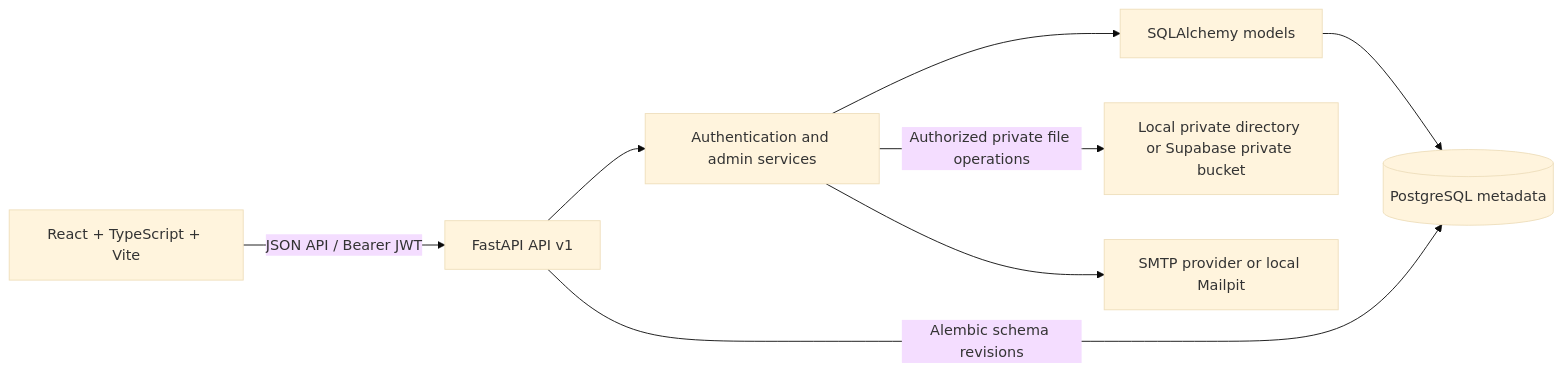
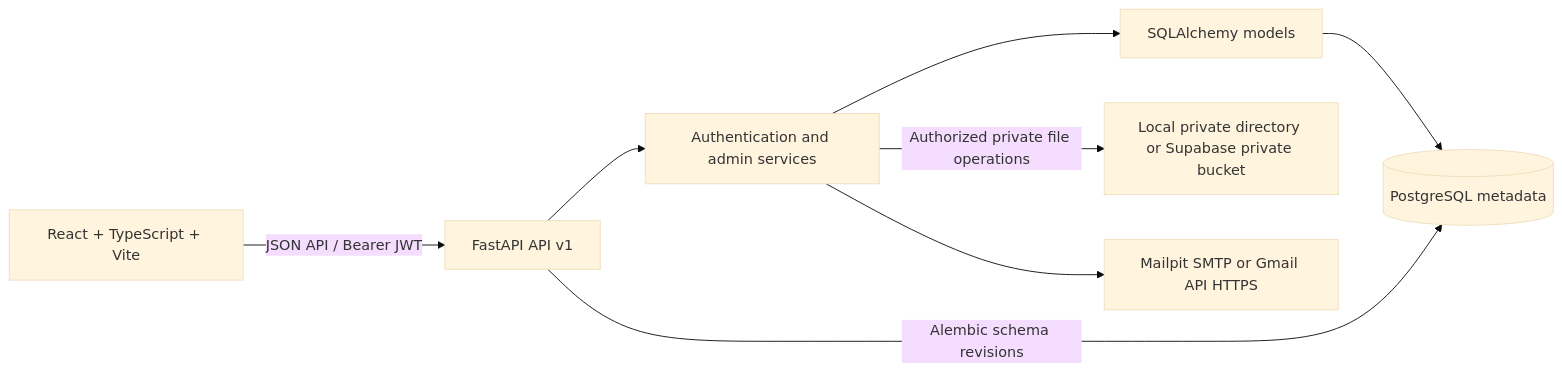
Before and after one commit to Konda-Likhitha15/VaultTrace: the diagram in README.md, drawn with Mermaid (base theme). The commit also changed other lines of this file and 13 other files, not shown here.

Commit message:
Integrated Gmail api for production email deliverty

````diff
--- a/README.md
+++ b/README.md
@@ -54,10 +54,10 @@
 ```mermaid
 flowchart LR
   Browser[React + TypeScript + Vite] -->|JSON API / Bearer JWT| API[FastAPI API v1]
   API --> Services[Authentication and admin services]
   Services --> Models[SQLAlchemy models]
   Models --> DB[(PostgreSQL metadata)]
   Services -->|Authorized private file operations| Storage[Local private directory or Supabase private bucket]
-  Services --> SMTP[SMTP provider or local Mailpit]
+  Services --> Email[Mailpit SMTP or Gmail API HTTPS]
   API -->|Alembic schema revisions| DB
 ```
````
